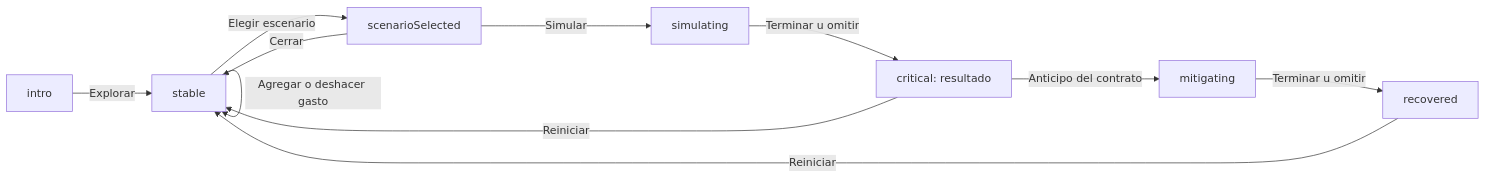
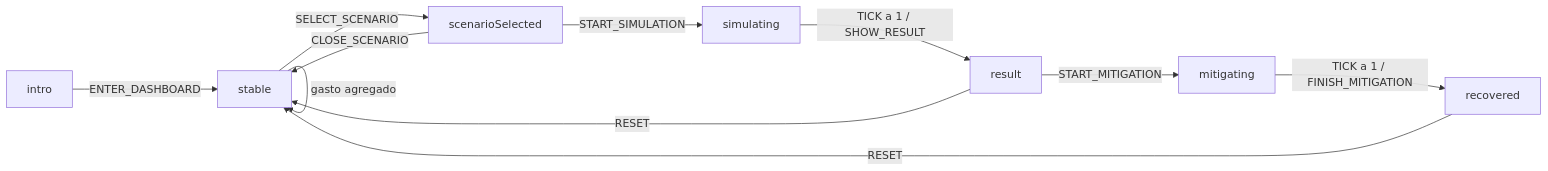
One commit to ErikaAX08/CapitalOne4PyMEs changed the second of 2 diagrams in DOCUMENTACION_SESION.md. Above: the diagram before and after it, drawn with Mermaid. The commit also changed other lines of this file and 2 other files, not shown here.

````diff
--- a/DOCUMENTACION_SESION.md
+++ b/DOCUMENTACION_SESION.md
@@ -193,13 +209,13 @@
 ```mermaid
 flowchart LR
-    I[intro] -->|Explorar| S[stable]
-    S -->|Elegir escenario| D[scenarioSelected]
-    D -->|Cerrar| S
-    D -->|Simular| A[simulating]
-    A -->|Terminar u omitir| R[critical: resultado]
-    R -->|Anticipo del contrato| M[mitigating]
-    M -->|Terminar u omitir| G[recovered]
-    R -->|Reiniciar| S
-    G -->|Reiniciar| S
-    S -->|Agregar o deshacer gasto| S
+    I[intro] -->|ENTER_DASHBOARD| S[stable]
+    S -->|SELECT_SCENARIO| D[scenarioSelected]
+    D -->|CLOSE_SCENARIO| S
+    D -->|START_SIMULATION| A[simulating]
+    A -->|TICK a 1 / SHOW_RESULT| R[result]
+    R -->|START_MITIGATION| M[mitigating]
+    M -->|TICK a 1 / FINISH_MITIGATION| G[recovered]
+    R -->|RESET| S
+    G -->|RESET| S
+    S -->|gasto agregado| S
 ```
````
